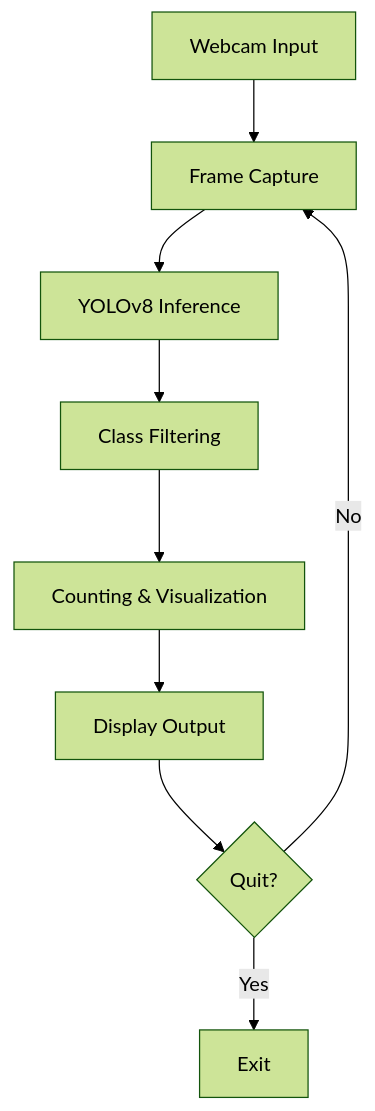
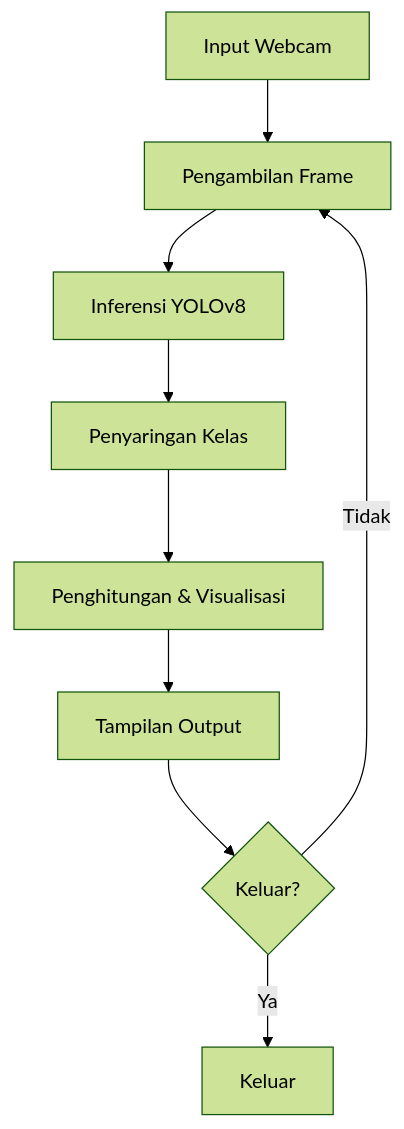
Before and after one commit to dhmsAdhty/comvis: the diagram in README.md, drawn with Mermaid (forest theme). The commit also changed other lines of this file, not shown here.

````diff
--- a/README.md
+++ b/README.md
@@ -72,11 +68,11 @@
 ```mermaid
 graph TD
-    A[Webcam Input] --> B[Frame Capture]
-    B --> C[YOLOv8 Inference]
-    C --> D[Class Filtering]
-    D --> E[Counting & Visualization]
-    E --> F[Display Output]
-    F --> G{Quit?}
-    G -->|Yes| H[Exit]
-    G -->|No| B
+    A[Input Webcam] --> B[Pengambilan Frame]
+    B --> C[Inferensi YOLOv8]
+    C --> D[Penyaringan Kelas]
+    D --> E[Penghitungan & Visualisasi]
+    E --> F[Tampilan Output]
+    F --> G{Keluar?}
+    G -->|Ya| H[Keluar]
+    G -->|Tidak| B
 ```
````
